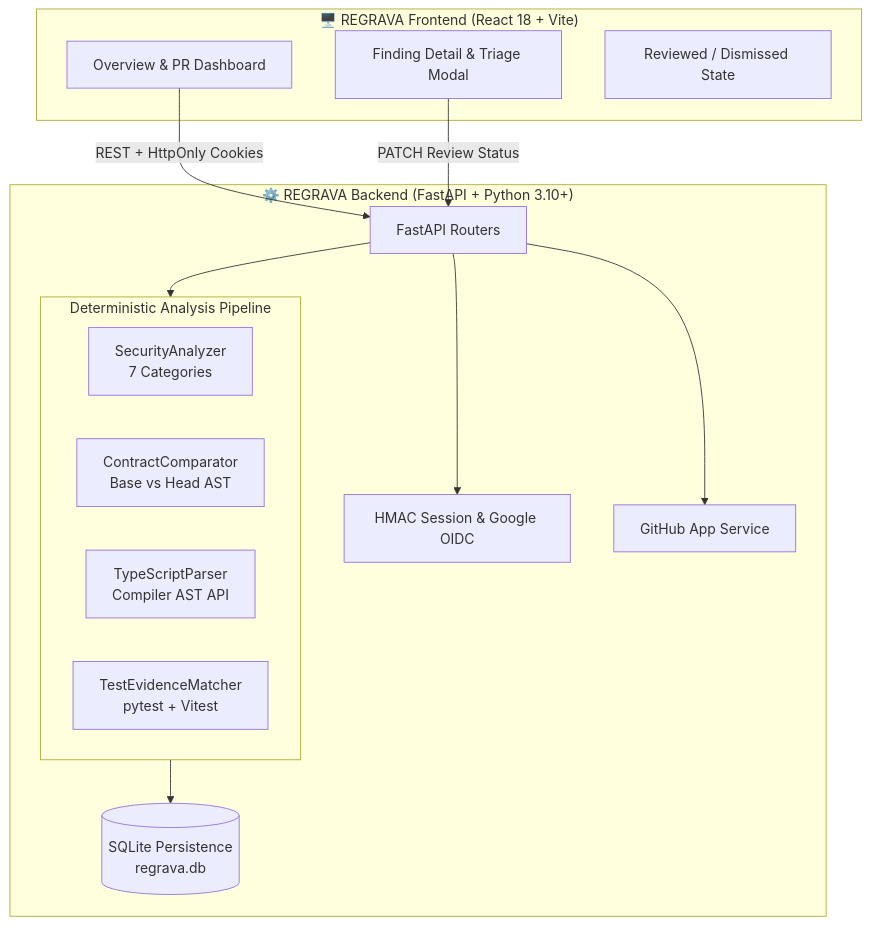
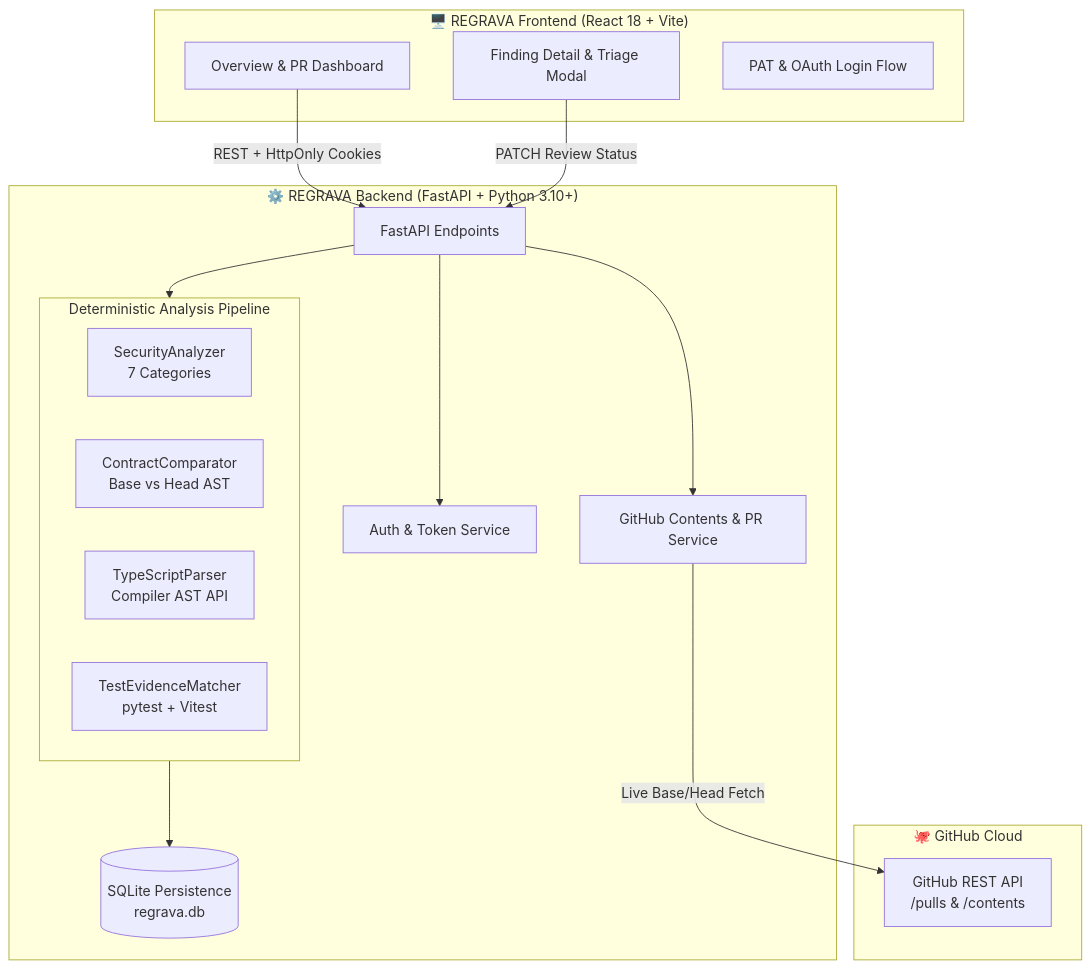
Before and after one commit to Myparadox-creator/REGRAVA: the diagram in README.md, drawn with Mermaid. The commit also changed other lines of this file and 1 other file, not shown here.

Commit message:
docs: update README with live GitHub PAT auth, PR #1 benchmark, and environment setup

````diff
--- a/README.md
+++ b/README.md
@@ -141,30 +192,35 @@
 ```mermaid
 flowchart TD
     subgraph Client ["🖥️ REGRAVA Frontend (React 18 + Vite)"]
         UI[Overview & PR Dashboard]
         Modal[Finding Detail & Triage Modal]
-        Triage[Reviewed / Dismissed State]
+        AuthUI[PAT & OAuth Login Flow]
     end
 
     subgraph Backend ["⚙️ REGRAVA Backend (FastAPI + Python 3.10+)"]
-        API[FastAPI Routers]
-        Auth[HMAC Session & Google OIDC]
-        GH[GitHub App Service]
+        API[FastAPI Endpoints]
+        AuthService[Auth & Token Service]
+        GHService[GitHub Contents & PR Service]
         
         subgraph Engine ["Deterministic Analysis Pipeline"]
             SecScan[SecurityAnalyzer\n7 Categories]
             Contract[ContractComparator\nBase vs Head AST]
             TSParser[TypeScriptParser\nCompiler AST API]
             TestMatcher[TestEvidenceMatcher\npytest + Vitest]
         end
         
         DB[(SQLite Persistence\nregrava.db)]
     end
 
+    subgraph GitHub ["🐙 GitHub Cloud"]
+        GH_API[GitHub REST API\n/pulls & /contents]
+    end
+
     UI -->|REST + HttpOnly Cookies| API
-    API --> Auth
-    API --> GH
+    API --> AuthService
+    API --> GHService
+    GHService -->|Live Base/Head Fetch| GH_API
     API --> Engine
     Engine --> DB
     Modal -->|PATCH Review Status| API
 ```
````
